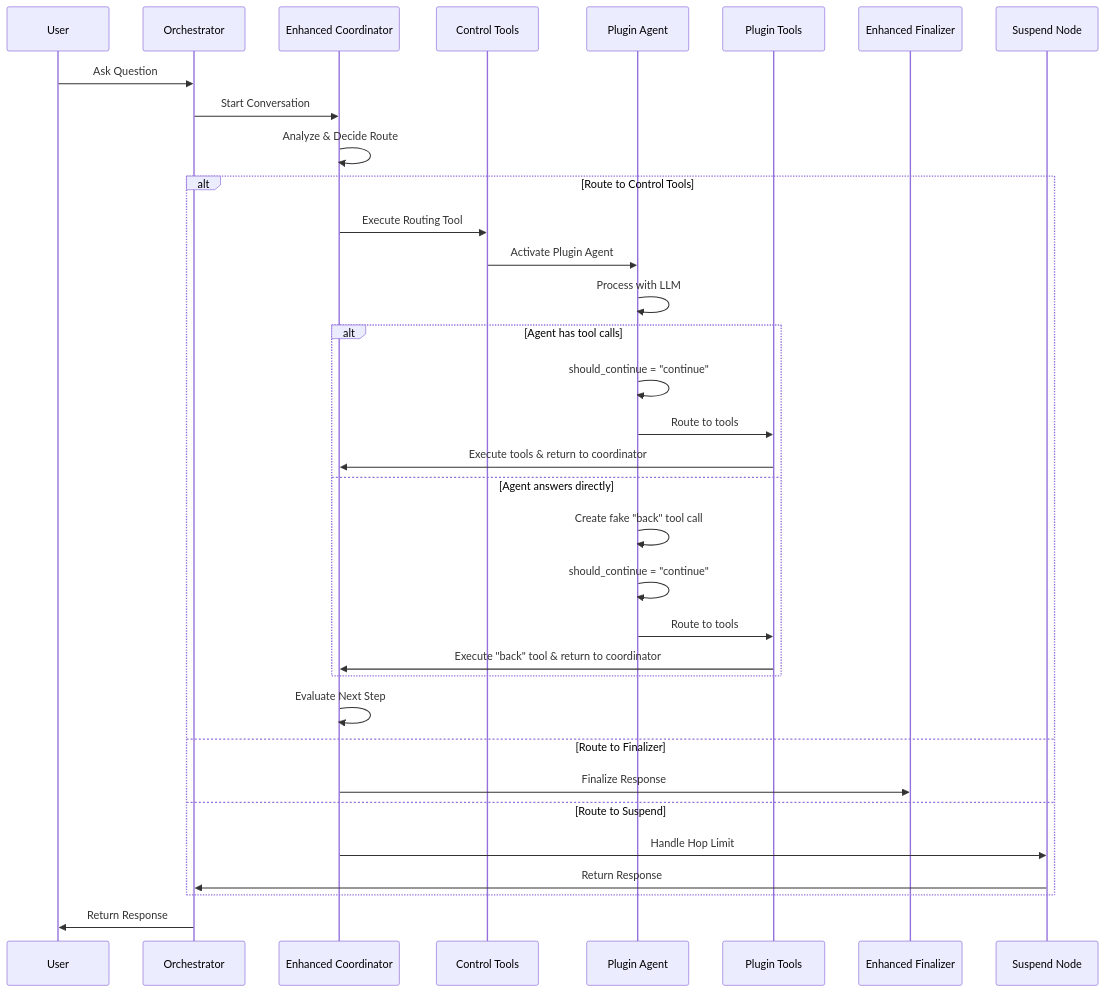
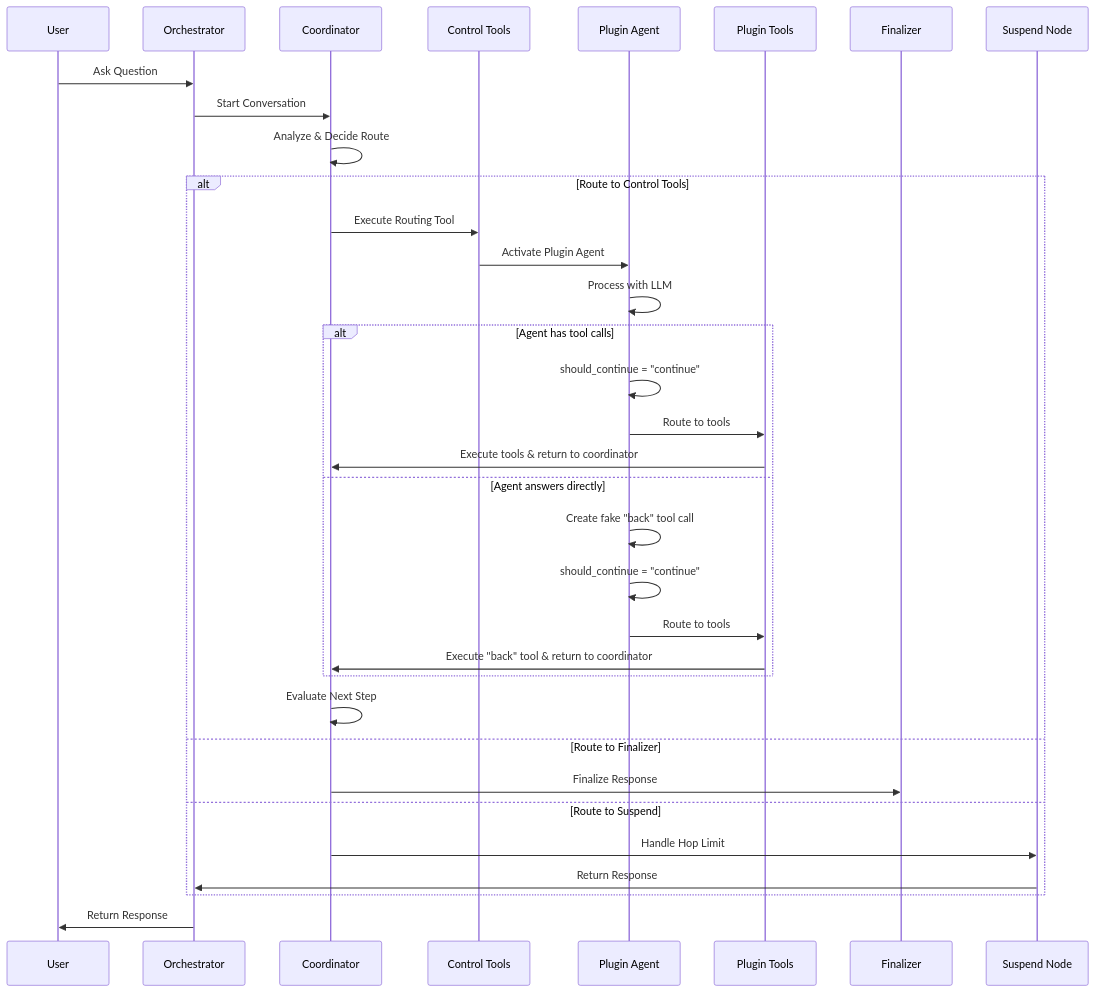
Before and after one commit to jonaskahn/cadence: the sixth of 9 diagrams in docs/concepts/langgraph-architecture.md, drawn with Mermaid. The commit also changed other lines of this file and 23 other files, not shown here.

````diff
--- a/docs/concepts/langgraph-architecture.md
+++ b/docs/concepts/langgraph-architecture.md
@@ -309,41 +390,41 @@
 ```mermaid
 sequenceDiagram
     participant U as User
     participant O as Orchestrator
-    participant C as Enhanced Coordinator
+    participant C as Coordinator
     participant CT as Control Tools
     participant PA as Plugin Agent
     participant PT as Plugin Tools
-    participant F as Enhanced Finalizer
+    participant F as Finalizer
     participant S as Suspend Node
-    
+
     U->>O: Ask Question
     O->>C: Start Conversation
     C->>C: Analyze & Decide Route
-    
+
     alt Route to Control Tools
         C->>CT: Execute Routing Tool
         CT->>PA: Activate Plugin Agent
         PA->>PA: Process with LLM
-        
+
         alt Agent has tool calls
             PA->>PA: should_continue = "continue"
             PA->>PT: Route to tools
             PT->>C: Execute tools & return to coordinator
         else Agent answers directly
             PA->>PA: Create fake "back" tool call
             PA->>PA: should_continue = "continue"
             PA->>PT: Route to tools
             PT->>C: Execute "back" tool & return to coordinator
         end
-        
+
         C->>C: Evaluate Next Step
     else Route to Finalizer
         C->>F: Finalize Response
     else Route to Suspend
         C->>S: Handle Hop Limit
         S->>O: Return Response
     end
-    
+
     O->>U: Return Response
 ```
````
